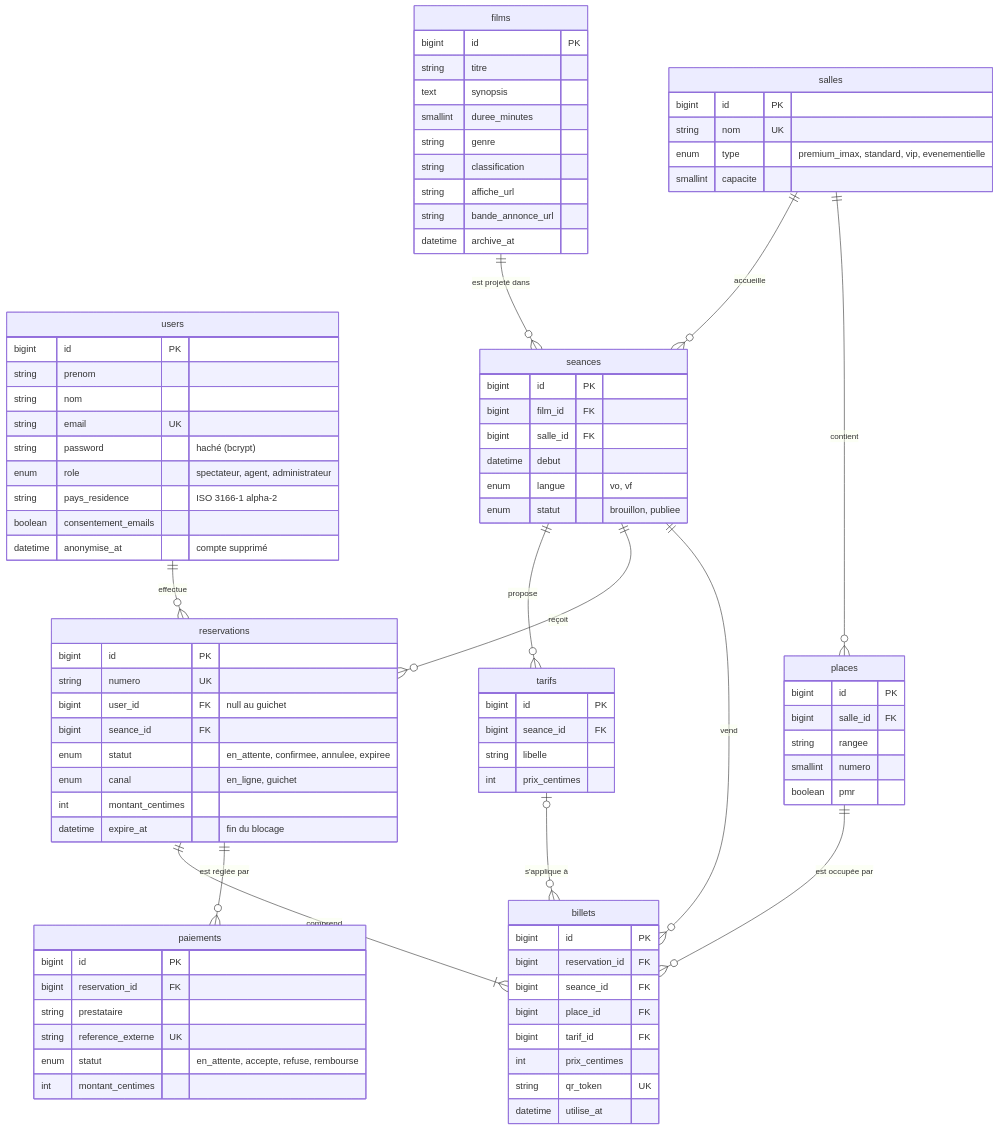
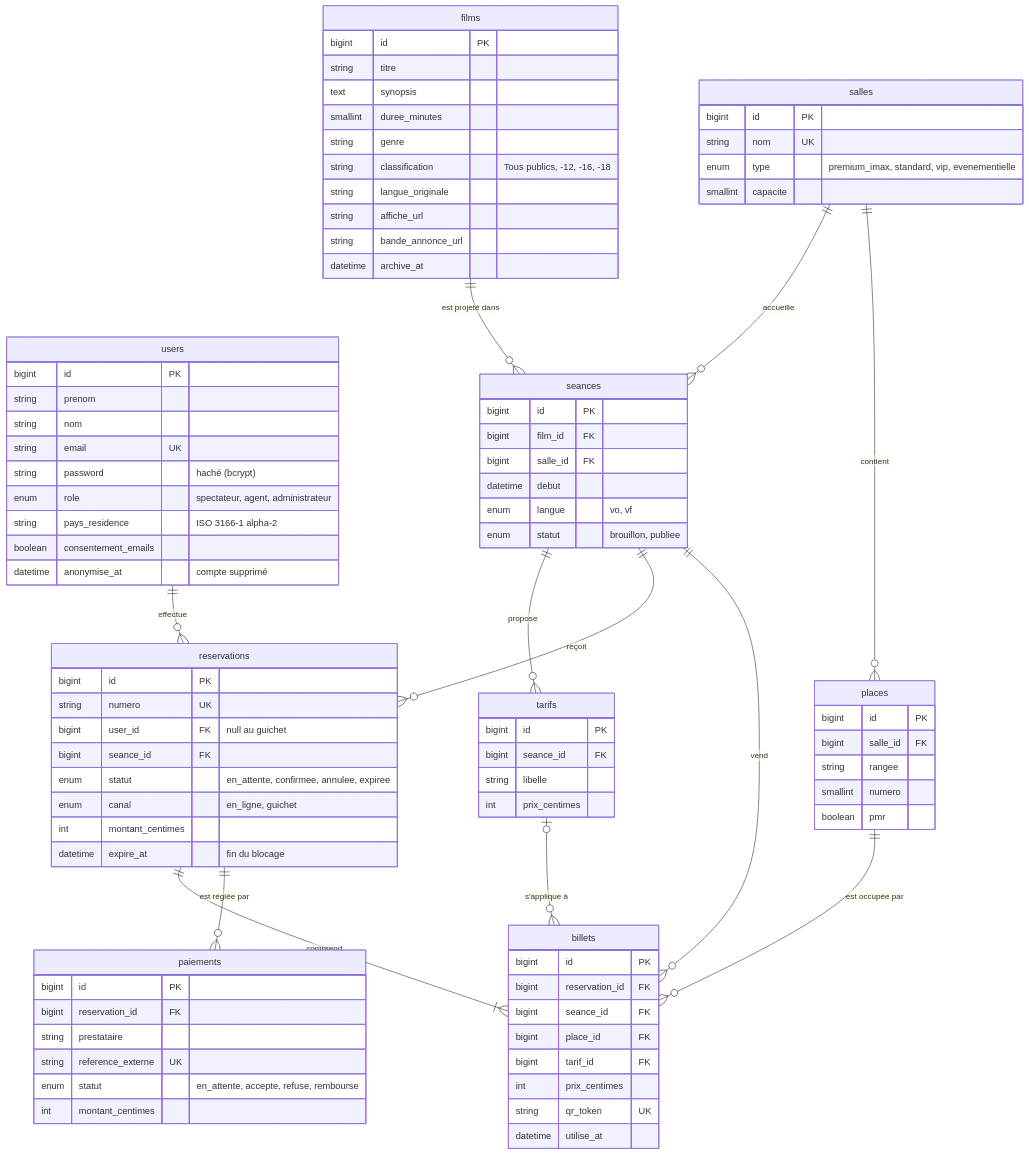
The diagram in docs/modele-de-donnees.md (acoclez/grand-cinema-api), drawn with Mermaid before and after one commit. The commit also changed other lines of this file and 8 other files, not shown here.

Commit message:
feat(films): langue originale et classification des films

```diff
--- a/docs/modele-de-donnees.md
+++ b/docs/modele-de-donnees.md
@@ -36,7 +36,8 @@
         text synopsis
         smallint duree_minutes
         string genre
-        string classification
+        string classification "Tous publics, -12, -16, -18"
+        string langue_originale
         string affiche_url
         string bande_annonce_url
         datetime archive_at
```
